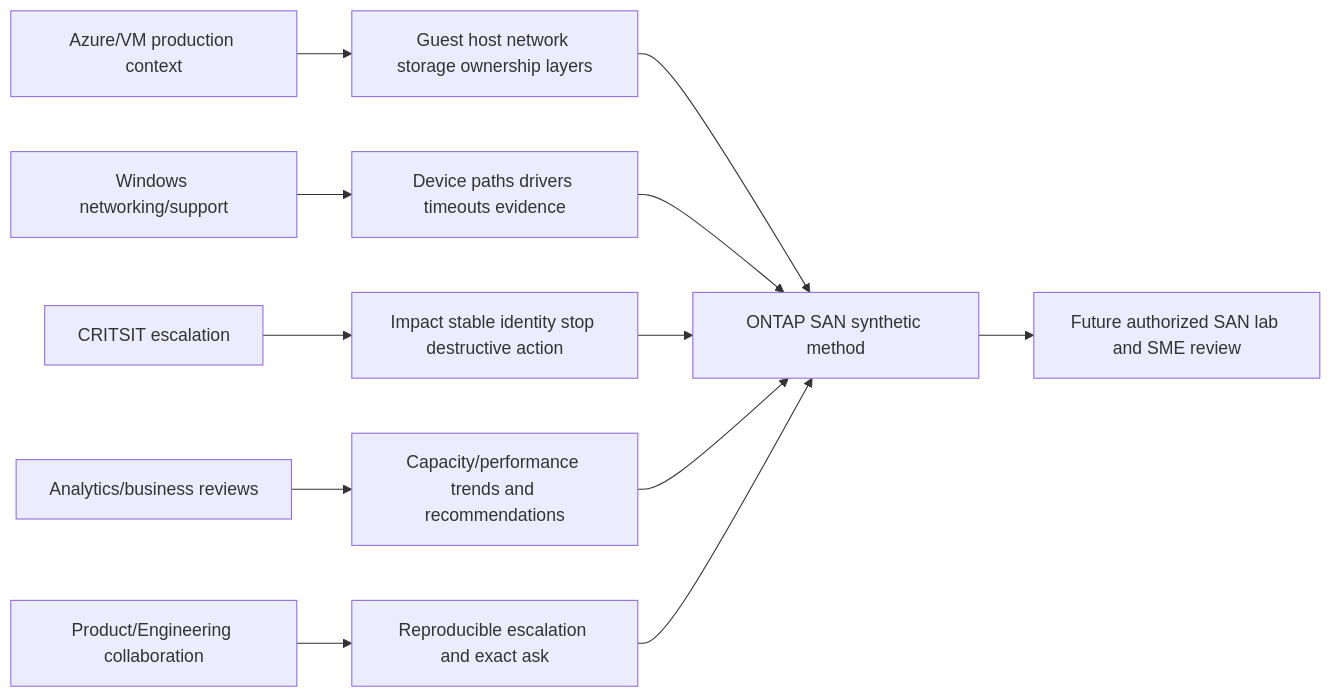
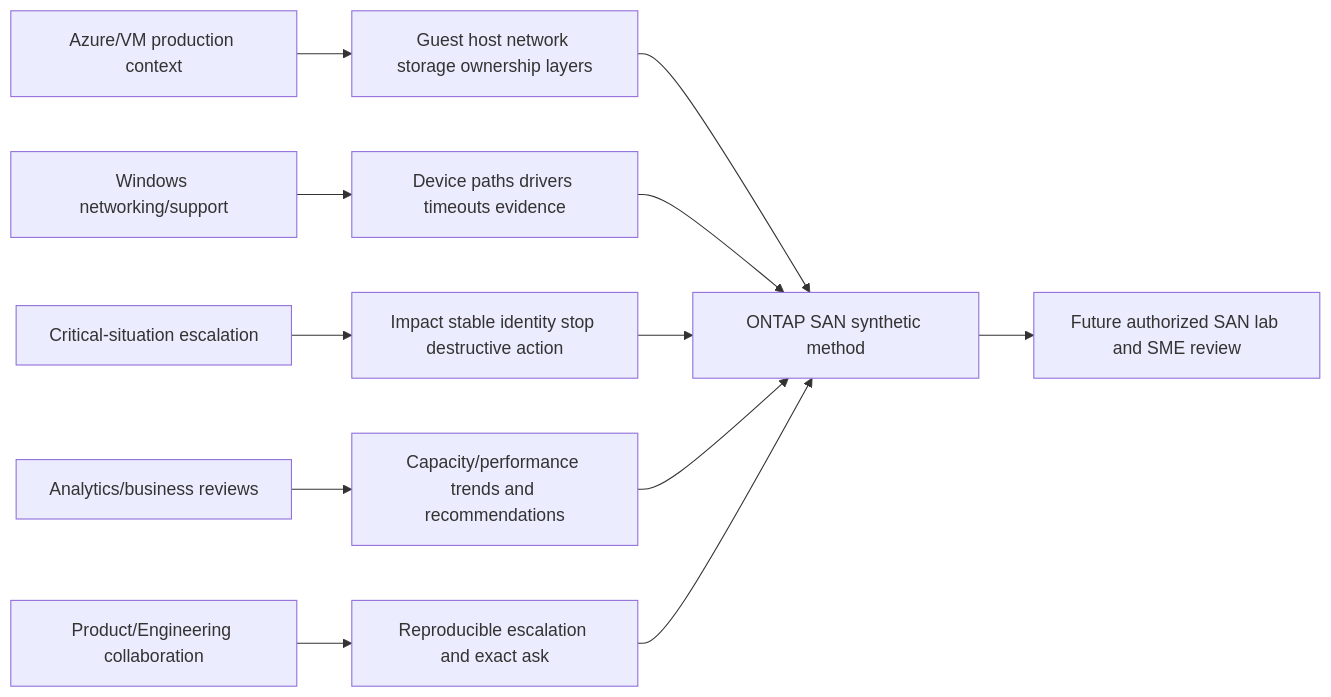
Before and after one commit to hichauhan-in/Interview-Prep: diagram 28 of 29 in NetApp TAM/prep/Part-30-ontap-san-luns-igroups-multipathing.md, drawn with Mermaid. The commit also changed other lines of this file and 493 other files, not shown here.

````diff
--- a/NetApp TAM/prep/Part-30-ontap-san-luns-igroups-multipathing.md
+++ b/NetApp TAM/prep/Part-30-ontap-san-luns-igroups-multipathing.md
@@ -804,14 +804,14 @@
 ```mermaid
 flowchart LR
     AZ[Azure/VM production context] --> LAYER[Guest host network storage ownership layers]
     WIN[Windows networking/support] --> MPIO[Device paths drivers timeouts evidence]
-    CRIT[CRITSIT escalation] --> SAFE[Impact stable identity stop destructive action]
+    CRIT[Critical-situation escalation] --> SAFE[Impact stable identity stop destructive action]
     BI[Analytics/business reviews] --> CAP[Capacity/performance trends and recommendations]
     ENG[Product/Engineering collaboration] --> PACK[Reproducible escalation and exact ask]
     LAYER --> SAN[ONTAP SAN synthetic method]
     MPIO --> SAN
     SAFE --> SAN
     CAP --> SAN
     PACK --> SAN
     SAN --> LAB[Future authorized SAN lab and SME review]
 ```
````
